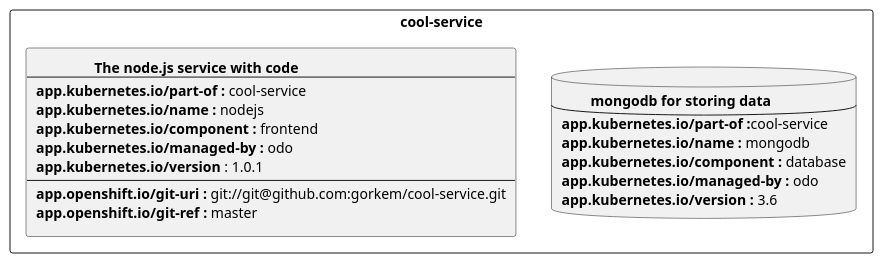
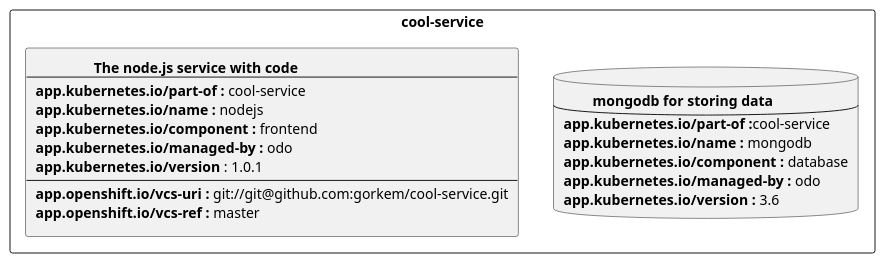
One commit to redhat-developer/app-labels changed the first of 2 diagrams in labels-annotation-for-openshift.adoc. Above: the diagram before and after it, drawn with PlantUML. The commit also changed other lines of this file, not shown here.

Commit message:
Change annotations for source code to vcsChanges the annotiations for sourcec codefrom git to more generic vcs

```diff
--- a/labels-annotation-for-openshift.adoc
+++ b/labels-annotation-for-openshift.adoc
@@ -112,30 +112,30 @@
 [plantuml]
 ----
 @startuml
 rectangle cool-service {
     database mongodb   [
                \t<b>mongodb for storing data
             ----
             <b>app.kubernetes.io/part-of :</b>cool-service
             <b>app.kubernetes.io/name :</b> mongodb
             <b>app.kubernetes.io/component :</b> database
             <b>app.kubernetes.io/managed-by :</b> odo
             <b>app.kubernetes.io/version :</b> 3.6
         ]
     rectangle nodejs   [
             \t\t<b>The node.js service with code</b>
             ----
             <b>app.kubernetes.io/part-of :</b> cool-service
             <b>app.kubernetes.io/name :</b> nodejs
             <b>app.kubernetes.io/component :</b> frontend
             <b>app.kubernetes.io/managed-by :</b> odo
             <b>app.kubernetes.io/version</b> : 1.0.1
             ----
-            <b>app.openshift.io/git-uri :</b> git://git@github.com:gorkem/cool-service.git
-            <b>app.openshift.io/git-ref :</b> master
+            <b>app.openshift.io/vcs-uri :</b> git://git@github.com:gorkem/cool-service.git
+            <b>app.openshift.io/vcs-ref :</b> master
         ]
 
 }
 
 @enduml
 ----
```
